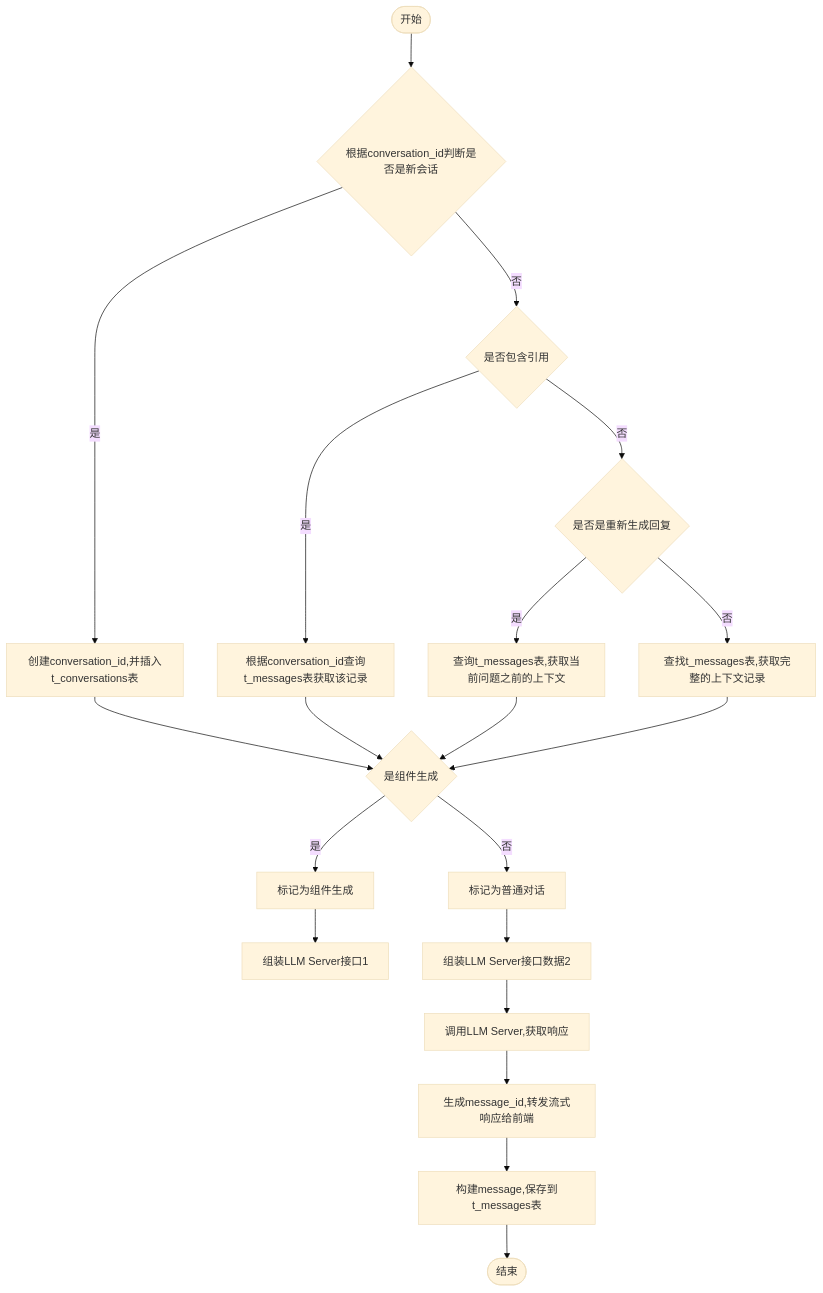
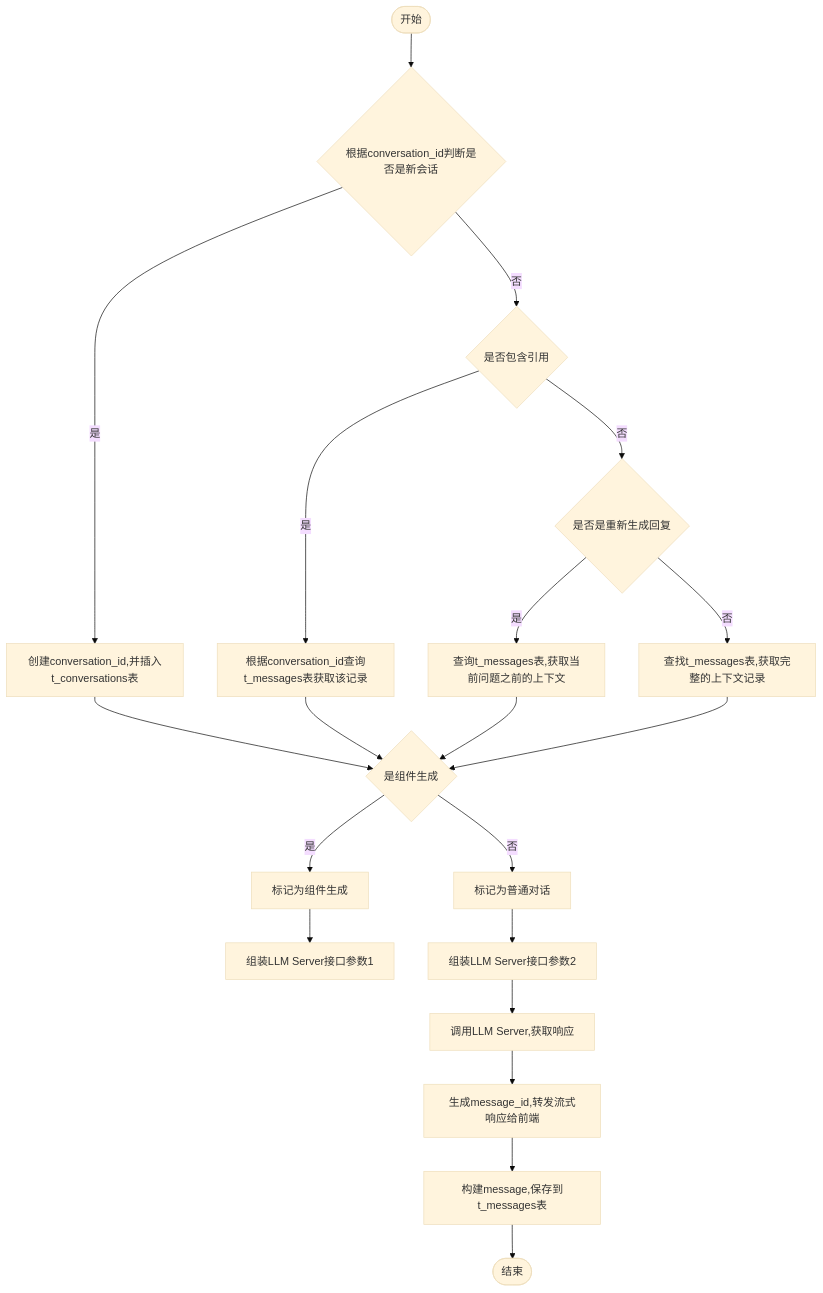
The diagram in all/未命名-7.md (yingjianzh/iodraw-files), drawn with Mermaid (base theme) before and after one commit.

Commit message:
2024-10-12 14:33:51 update

````diff
--- a/all/未命名-7.md
+++ b/all/未命名-7.md
@@ -1,25 +1,25 @@
 ```mermaid
 flowchart TD
     A([开始]) --> B{根据conversation_id判断是否是新会话}
     B -- 是 --> C[创建conversation_id,并插入t_conversations表]
     B -- 否 --> D{是否包含引用}
     D -- 是 --> E[根据conversation_id查询t_messages表获取该记录]
     D -- 否 --> F{是否是重新生成回复}
     F -- 是 --> G[查询t_messages表,获取当前问题之前的上下文]
     F -- 否 --> H[查找t_messages表,获取完整的上下文记录]
      
     C & E & G & H --> I{是组件生成}
     I -- 是 --> J[标记为组件生成]
     I -- 否 --> K[标记为普通对话]
 
-    J --> L[组装LLM Server接口1]    
-    K --> M[组装LLM Server接口数据2]    
+    J --> L[组装LLM Server接口参数1]    
+    K --> M[组装LLM Server接口参数2]    
     M --> N[调用LLM Server,获取响应]    
     N --> O[生成message_id,转发流式响应给前端]
     O --> P[构建message,保存到t_messages表]
     P --> R([结束])
 
 
 
 
 ```
````
